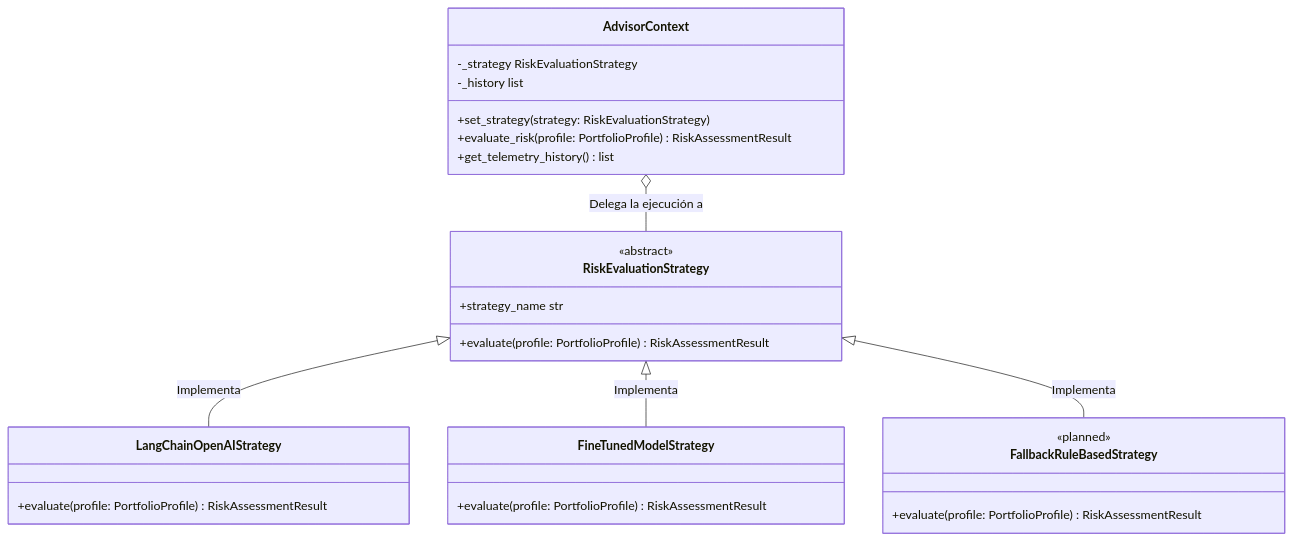
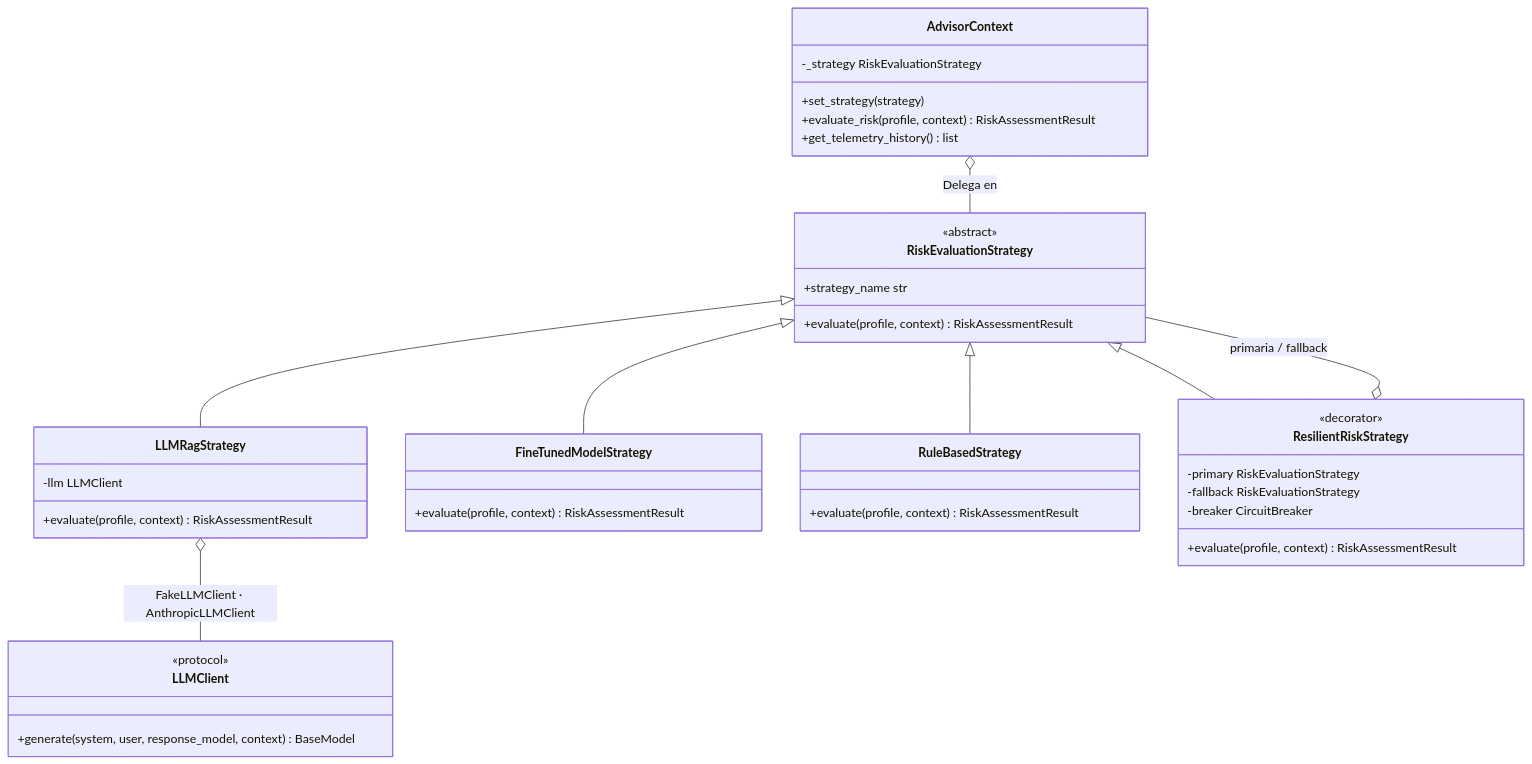
One commit to ggonzalez36/AI-Advisor changed the third of 5 diagrams in docs/architecture-design.md. Above: the diagram before and after it, drawn with Mermaid. The commit also changed other lines of this file and 9 other files, not shown here.

````diff
--- a/docs/architecture-design.md
+++ b/docs/architecture-design.md
@@ -160,36 +172,51 @@
 ```mermaid
 classDiagram
     direction TB
 
     class AdvisorContext {
         -_strategy RiskEvaluationStrategy
-        -_history list
-        +set_strategy(strategy: RiskEvaluationStrategy)
-        +evaluate_risk(profile: PortfolioProfile) RiskAssessmentResult
+        +set_strategy(strategy)
+        +evaluate_risk(profile, context) RiskAssessmentResult
         +get_telemetry_history() list
     }
 
     class RiskEvaluationStrategy {
         <<abstract>>
-        +evaluate(profile: PortfolioProfile) RiskAssessmentResult
+        +evaluate(profile, context) RiskAssessmentResult
         +strategy_name str
     }
 
-    class LangChainOpenAIStrategy {
-        +evaluate(profile: PortfolioProfile) RiskAssessmentResult
+    class LLMRagStrategy {
+        -llm LLMClient
+        +evaluate(profile, context) RiskAssessmentResult
     }
 
     class FineTunedModelStrategy {
-        +evaluate(profile: PortfolioProfile) RiskAssessmentResult
+        +evaluate(profile, context) RiskAssessmentResult
     }
 
-    class FallbackRuleBasedStrategy {
-        <<planned>>
-        +evaluate(profile: PortfolioProfile) RiskAssessmentResult
+    class RuleBasedStrategy {
+        +evaluate(profile, context) RiskAssessmentResult
     }
 
-    AdvisorContext o-- RiskEvaluationStrategy : Delega la ejecución a
-    RiskEvaluationStrategy <|-- LangChainOpenAIStrategy : Implementa
-    RiskEvaluationStrategy <|-- FineTunedModelStrategy : Implementa
-    RiskEvaluationStrategy <|-- FallbackRuleBasedStrategy : Implementa
+    class ResilientRiskStrategy {
+        <<decorator>>
+        -primary RiskEvaluationStrategy
+        -fallback RiskEvaluationStrategy
+        -breaker CircuitBreaker
+        +evaluate(profile, context) RiskAssessmentResult
+    }
+
+    class LLMClient {
+        <<protocol>>
+        +generate(system, user, response_model, context) BaseModel
+    }
+
+    AdvisorContext o-- RiskEvaluationStrategy : Delega en
+    RiskEvaluationStrategy <|-- LLMRagStrategy
+    RiskEvaluationStrategy <|-- FineTunedModelStrategy
+    RiskEvaluationStrategy <|-- RuleBasedStrategy
+    RiskEvaluationStrategy <|-- ResilientRiskStrategy
+    ResilientRiskStrategy o-- RiskEvaluationStrategy : primaria / fallback
+    LLMRagStrategy o-- LLMClient : FakeLLMClient · AnthropicLLMClient
 ```
````
